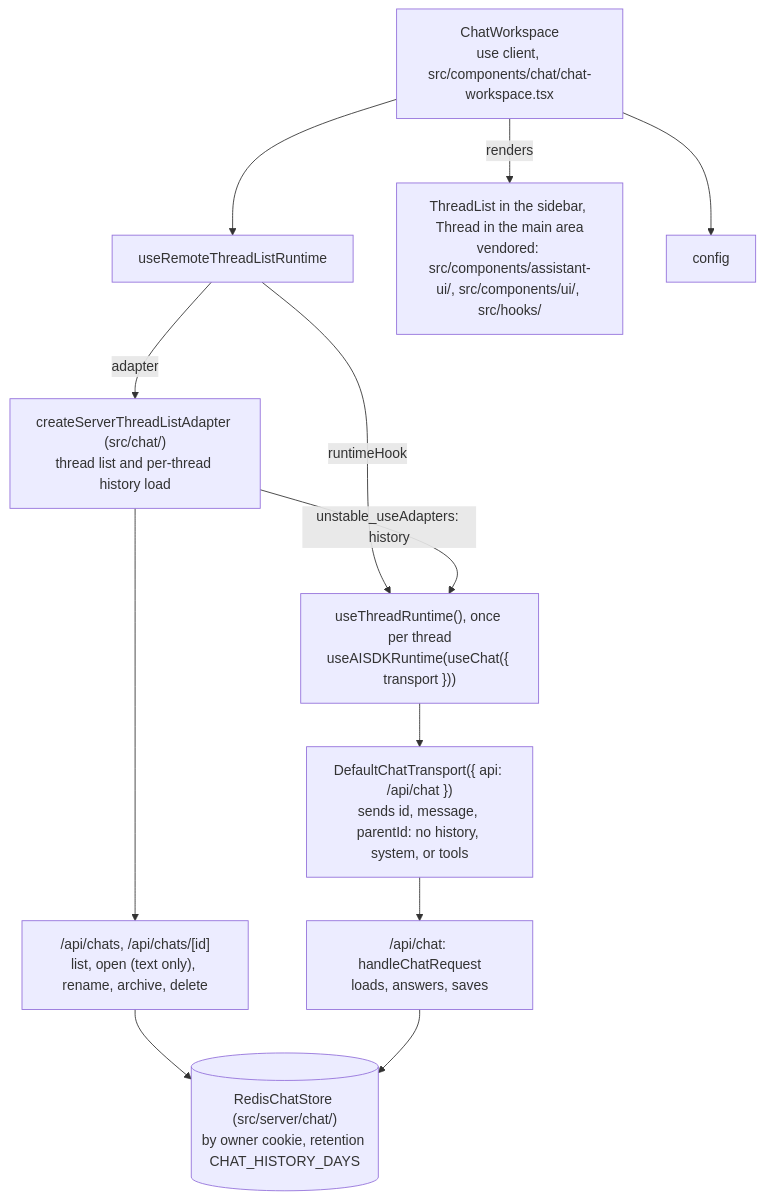
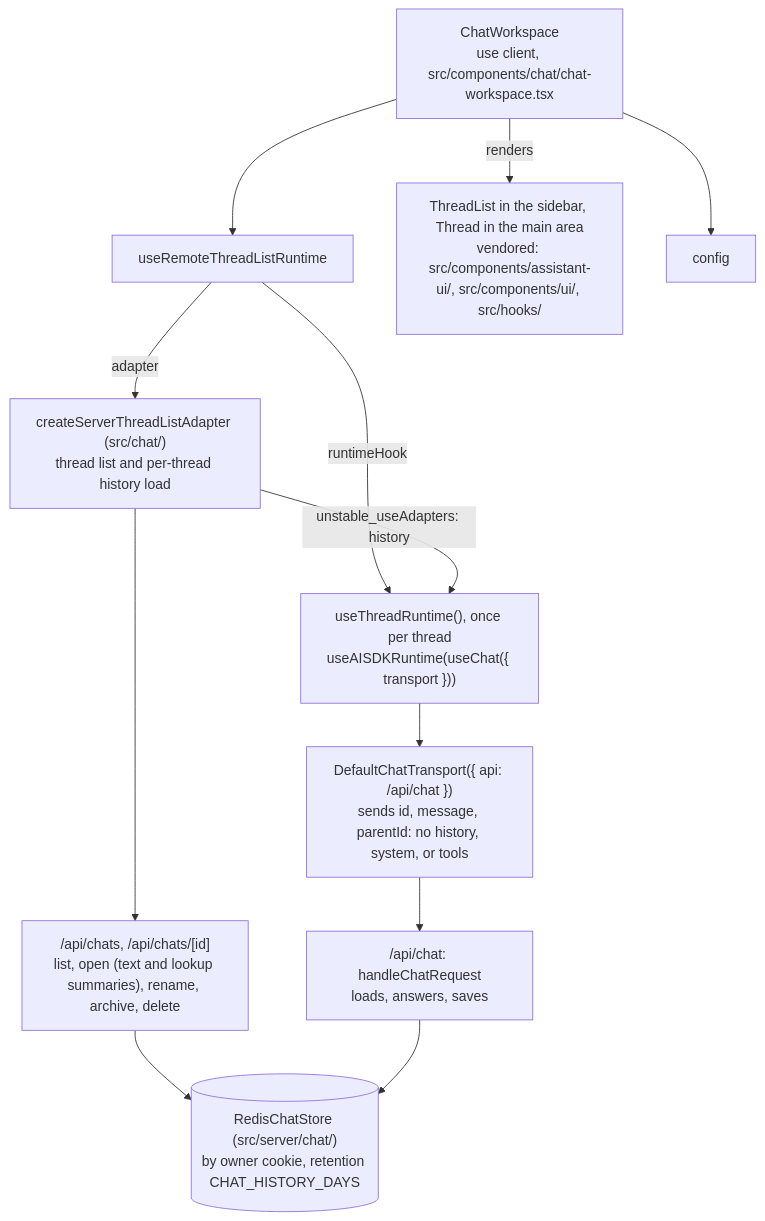
Before and after one commit to promptfolios/promptfolio: the fifth of 7 diagrams in docs/ARCHITECTURE.md, drawn with Mermaid. The commit also changed other lines of this file and 19 other files, not shown here.

````diff
--- a/docs/ARCHITECTURE.md
+++ b/docs/ARCHITECTURE.md
@@ -270,21 +270,21 @@
 ```mermaid
 flowchart TD
     ws["ChatWorkspace<br/>use client, src/components/chat/chat-workspace.tsx"]
     list["useRemoteThreadListRuntime"]
     adapter["createServerThreadListAdapter (src/chat/)<br/>thread list and per-thread history load"]
-    routes["/api/chats, /api/chats/[id]<br/>list, open (text only), rename, archive, delete"]
+    routes["/api/chats, /api/chats/[id]<br/>list, open (text and lookup summaries), rename, archive, delete"]
     store[("RedisChatStore (src/server/chat/)<br/>by owner cookie, retention CHAT_HISTORY_DAYS")]
     thread["useThreadRuntime(), once per thread<br/>useAISDKRuntime(useChat({ transport }))"]
     transport["DefaultChatTransport({ api: /api/chat })<br/>sends id, message, parentId: no history, system, or tools"]
     chat["/api/chat: handleChatRequest<br/>loads, answers, saves"]
     ui["ThreadList in the sidebar, Thread in the main area<br/>vendored: src/components/assistant-ui/, src/components/ui/, src/hooks/"]
 
     ws --> list
     list -- adapter --> adapter
     list -- runtimeHook --> thread
     adapter -- "unstable_useAdapters: history" --> thread
     adapter --> routes --> store
     thread --> transport --> chat --> store
     ws --> config
     ws -- renders --> ui
 ```
````
